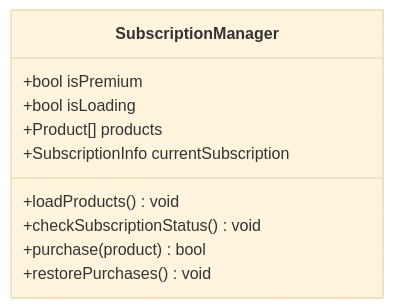
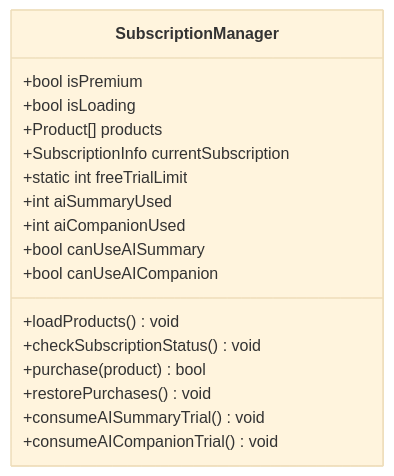
One commit to Primoguo/VoiceReader changed the third of 6 diagrams in .qoder/repowiki/zh/content/核心功能模块/订阅管理系统.md. Above: the diagram before and after it, drawn with Mermaid (base theme). The commit also changed other lines of this file and 92 other files, not shown here.

````diff
--- a/.qoder/repowiki/zh/content/核心功能模块/订阅管理系统.md
+++ b/.qoder/repowiki/zh/content/核心功能模块/订阅管理系统.md
@@ -171,13 +211,20 @@
 ```mermaid
 classDiagram
 class SubscriptionManager {
 +bool isPremium
 +bool isLoading
 +Product[] products
 +SubscriptionInfo currentSubscription
++static int freeTrialLimit
++int aiSummaryUsed
++int aiCompanionUsed
++bool canUseAISummary
++bool canUseAICompanion
 +loadProducts() void
 +checkSubscriptionStatus() void
 +purchase(product) bool
 +restorePurchases() void
++consumeAISummaryTrial() void
++consumeAICompanionTrial() void
 }
 ```
````
